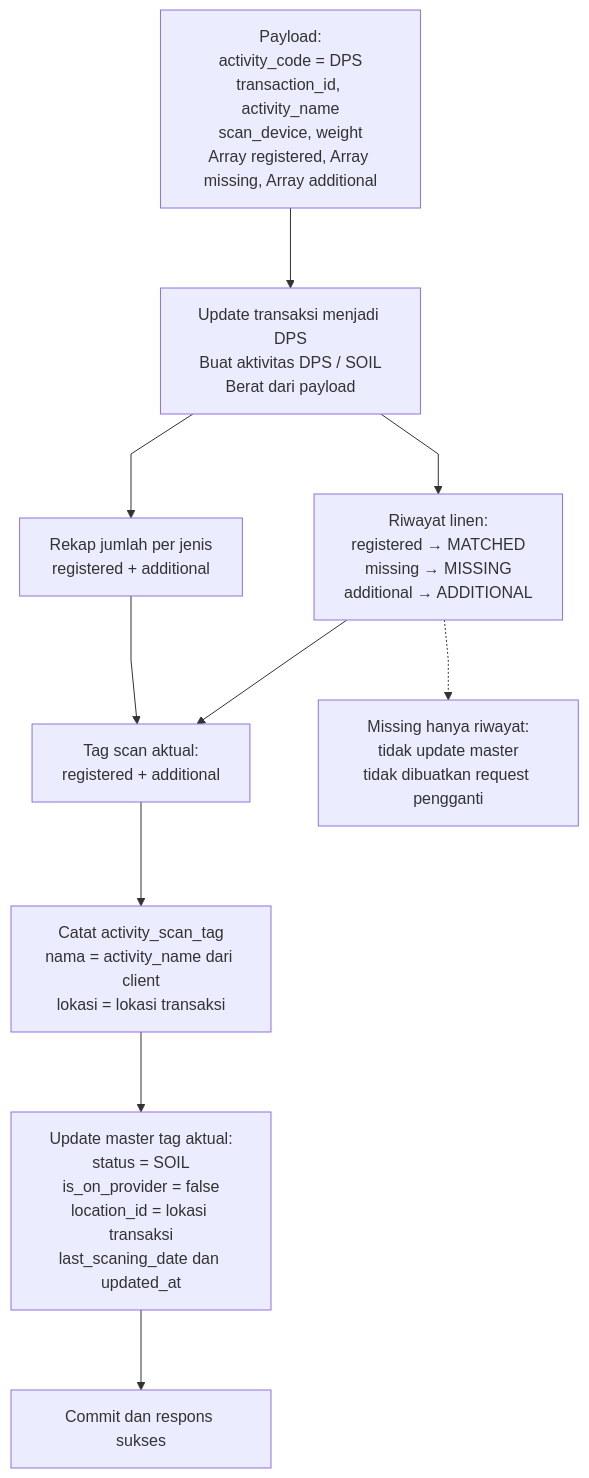
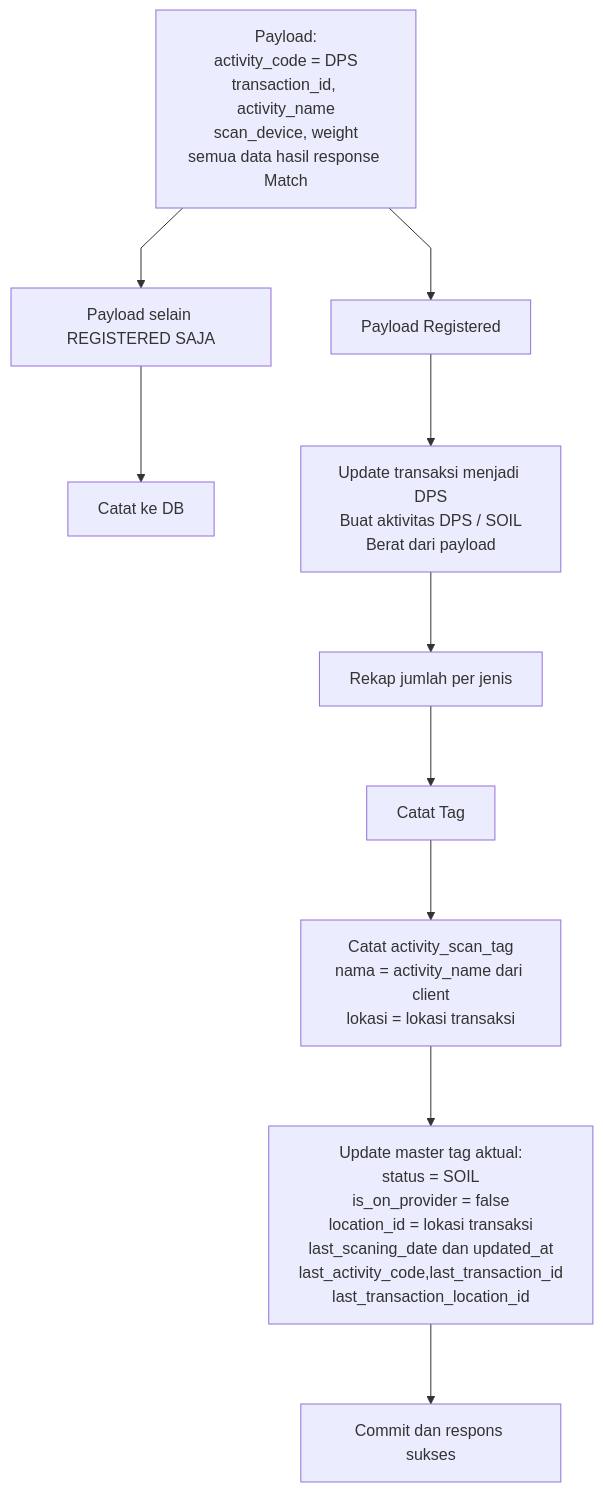
One commit to bagaskrmn/bac-flow-laundry changed the third of 3 diagrams in laundry-activities/driver-pickup-soil.md. Above: the diagram before and after it, drawn with Mermaid. The commit also changed other lines of this file and 2 other files, not shown here.

````diff
--- a/laundry-activities/driver-pickup-soil.md
+++ b/laundry-activities/driver-pickup-soil.md
@@ -44,17 +44,18 @@
 ```mermaid
 %%{init: {'flowchart': {'curve': 'linear', 'nodeSpacing': 60, 'rankSpacing': 80, 'diagramPadding': 24}}}%%
 flowchart TD
-    N_IN["Payload:<br/>activity_code = DPS<br/>transaction_id, activity_name<br/>scan_device, weight<br/>Array registered, Array missing, Array additional"]
-    N_IN --> N_ACT["Update transaksi menjadi DPS<br/>Buat aktivitas DPS / SOIL<br/>Berat dari payload"]
+    N_IN["Payload:<br/>activity_code = DPS<br/>transaction_id, activity_name<br/>scan_device, weight<br/>semua data hasil response Match"]
+    N_IN --> N_NMATCH["Payload selain REGISTERED SAJA"]
+    N_NMATCH --> N_NOTES["Catat ke DB"]
+    N_IN --> N_MATCH["Payload Registered"]
+    N_MATCH --> N_ACT["Update transaksi menjadi DPS<br/>Buat aktivitas DPS / SOIL<br/>Berat dari payload"]
 
-    N_ACT --> N_QTY["Rekap jumlah per jenis<br/>registered + additional"]
-    N_ACT --> N_LOG["Riwayat linen:<br/>registered → MATCHED<br/>missing → MISSING<br/>additional → ADDITIONAL"]
+    N_ACT --> N_QTY["Rekap jumlah per jenis"]
 
-    N_QTY --> N_REAL["Tag scan aktual:<br/>registered + additional"]
-    N_LOG --> N_REAL
+    N_QTY --> N_REAL["Catat Tag"]
     N_REAL --> N_SCAN["Catat activity_scan_tag<br/>nama = activity_name dari client<br/>lokasi = lokasi transaksi"]
-    N_SCAN --> N_MASTER["Update master tag aktual:<br/>status = SOIL<br/>is_on_provider = false<br/>location_id = lokasi transaksi<br/>last_scaning_date dan updated_at"]
+    N_SCAN --> N_MASTER["Update master tag aktual:<br/>status = SOIL<br/>is_on_provider = false<br/>location_id = lokasi transaksi<br/>last_scaning_date dan updated_at<br/>last_activity_code,last_transaction_id<br/>last_transaction_location_id"]
     N_MASTER --> N_DONE["Commit dan respons sukses"]
 
-    N_LOG -.-> N_MISS["Missing hanya riwayat:<br/>tidak update master<br/>tidak dibuatkan request pengganti"]
+    class N_NMATCH,N_NOTES,N_MATCH danger
 ```
````
